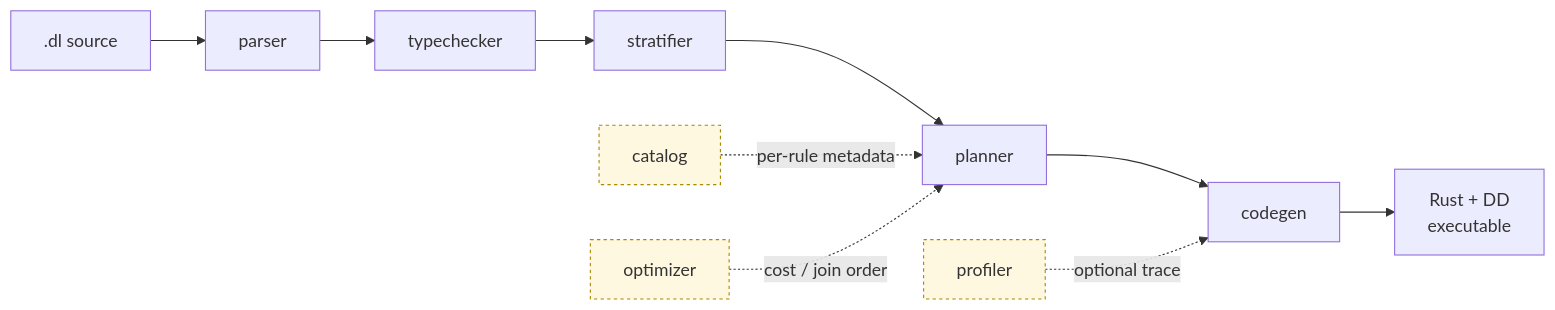
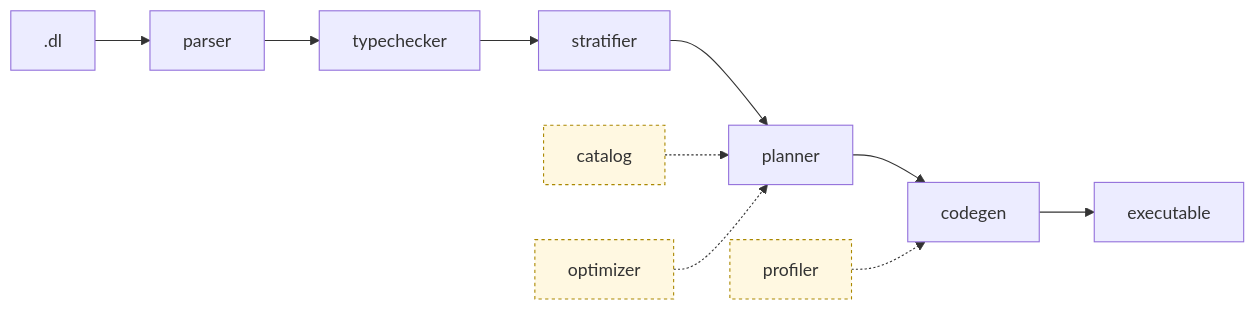
One commit to flowlog-rs/flowlog changed the diagram in README.md. Above: the diagram before and after it, drawn with Mermaid. The commit also changed other lines of this file and 12 other files, not shown here.

````diff
--- a/README.md
+++ b/README.md
@@ -87,15 +68,8 @@
 ```mermaid
 flowchart LR
-    SRC[".dl source"] --> P[parser]
-    P --> TC[typechecker]
-    TC --> S[stratifier]
-    S --> PL[planner]
-    PL --> CG[codegen]
-    CG --> EXE["Rust + DD<br/>executable"]
-
-    CAT[catalog]:::side -.per-rule metadata.-> PL
-    OPT[optimizer]:::side -.cost / join order.-> PL
-    PROF[profiler]:::side -.optional trace.-> CG
-
+    src[".dl"] --> p[parser] --> t[typechecker] --> s[stratifier] --> pl[planner] --> cg[codegen] --> exe[executable]
+    cat[catalog]:::side -.-> pl
+    opt[optimizer]:::side -.-> pl
+    prof[profiler]:::side -.-> cg
     classDef side fill:#fff8e1,stroke:#a80,stroke-dasharray:3 3
 ```
````
